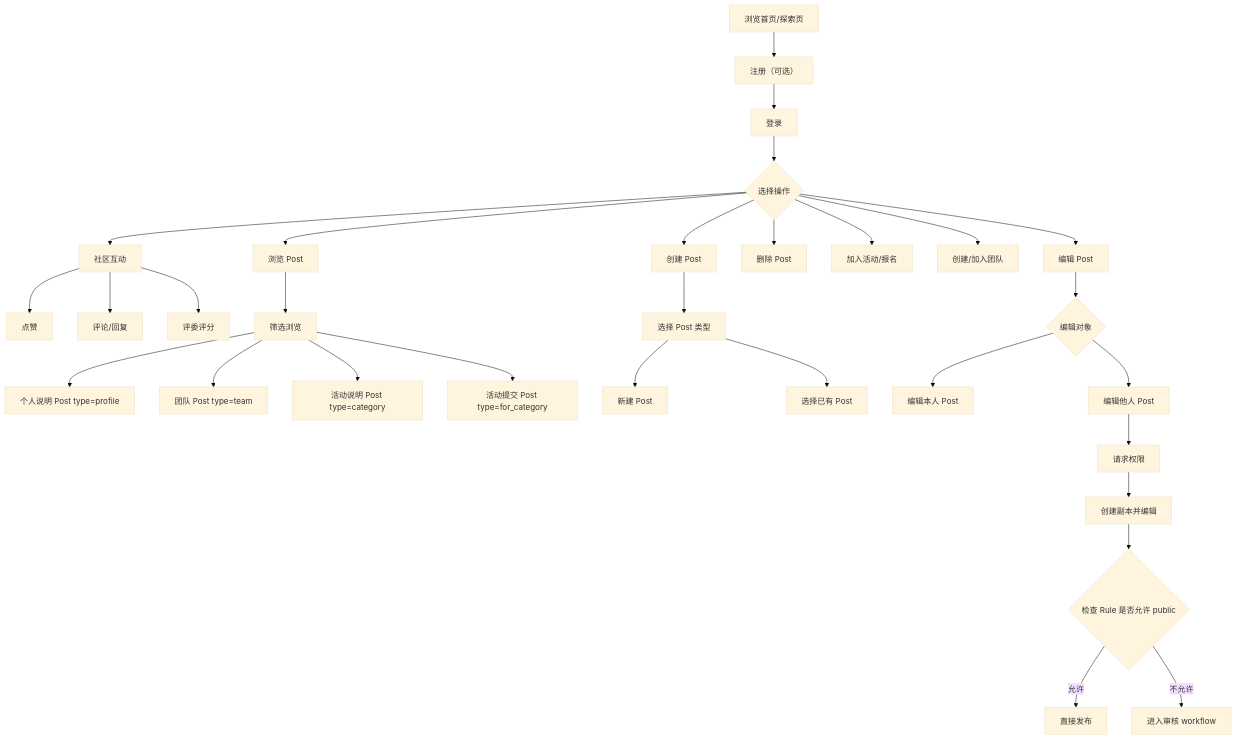
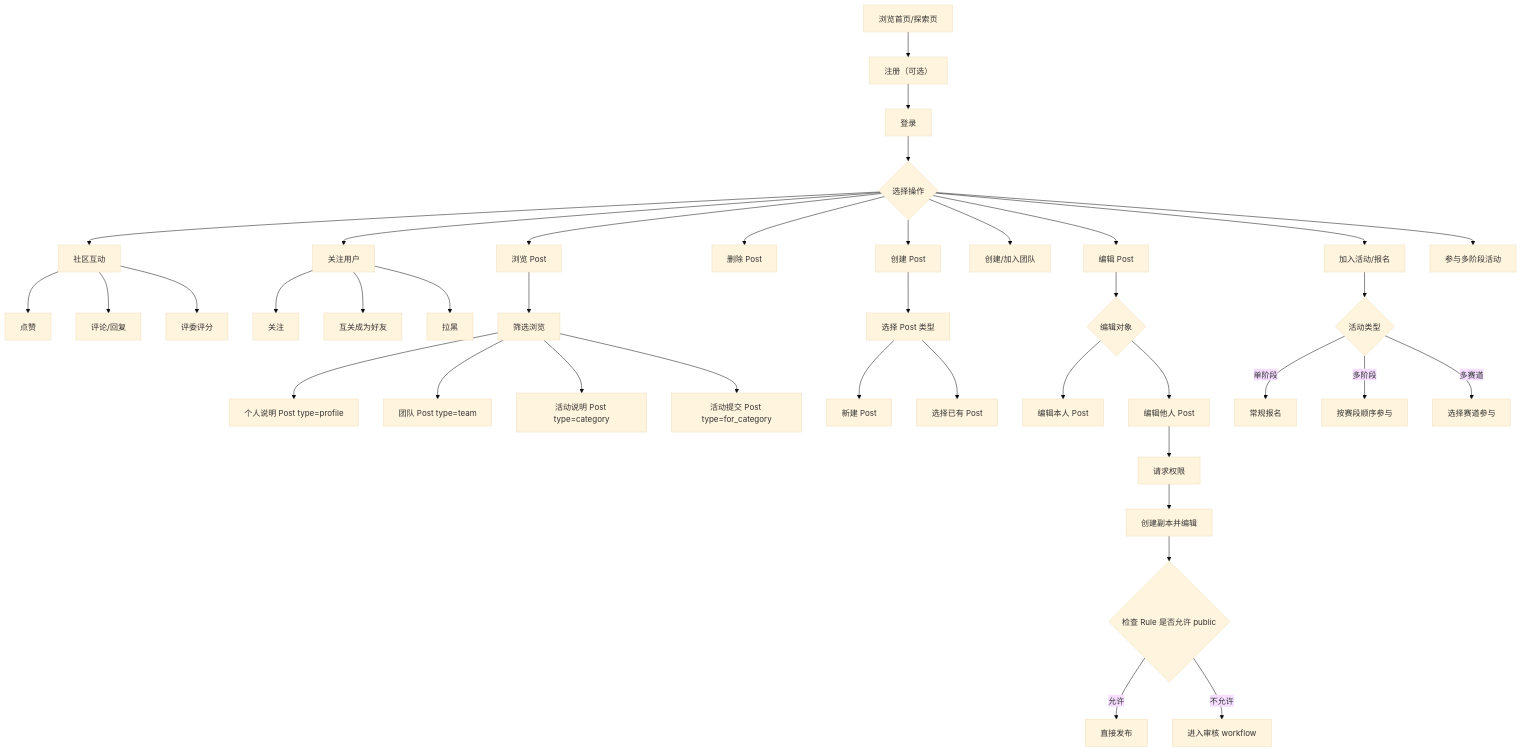
One commit to H2OSLabs/SynnovatorZero changed the first of 11 diagrams in docs/user-journeys.md. Above: the diagram before and after it, drawn with Mermaid (base theme). The commit also changed other lines of this file and 3 other files, not shown here.

````diff
--- a/docs/user-journeys.md
+++ b/docs/user-journeys.md
@@ -28,36 +32,47 @@
 ```mermaid
 flowchart TD
     A[浏览首页/探索页] --> B[注册（可选）]
     B --> C[登录]
     C --> D{选择操作}
     D --> E[浏览 Post]
     D --> F[创建 Post]
     D --> G[编辑 Post]
     D --> H[删除 Post]
     D --> I[加入活动/报名]
     D --> J[创建/加入团队]
     D --> K[社区互动]
+    D --> L[关注用户]
+    D --> M[参与多阶段活动]
 
     K --> K1[点赞]
     K --> K2[评论/回复]
     K --> K3[评委评分]
+
+    L --> L1[关注]
+    L --> L2[互关成为好友]
+    L --> L3[拉黑]
 
     E --> E1[筛选浏览]
     E1 --> E2[个人说明 Post type=profile]
     E1 --> E3[团队 Post type=team]
     E1 --> E4[活动说明 Post type=category]
     E1 --> E5[活动提交 Post type=for_category]
 
     F --> F1[选择 Post 类型]
     F1 --> F2[新建 Post]
     F1 --> F3[选择已有 Post]
 
     G --> G1{编辑对象}
     G1 --> G2[编辑本人 Post]
     G1 --> G3[编辑他人 Post]
     G3 --> G4[请求权限]
     G4 --> G5[创建副本并编辑]
     G5 --> G6{检查 Rule 是否允许 public}
     G6 -->|允许| G7[直接发布]
     G6 -->|不允许| G8[进入审核 workflow]
+
+    I --> I1{活动类型}
+    I1 -->|单阶段| I2[常规报名]
+    I1 -->|多阶段| I3[按赛段顺序参与]
+    I1 -->|多赛道| I4[选择赛道参与]
 ```
````
